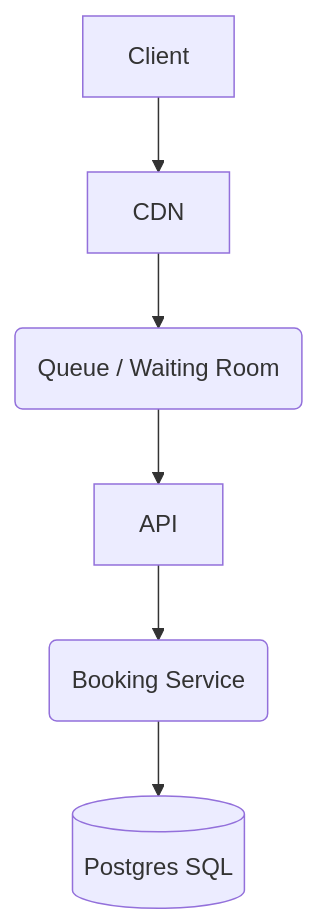
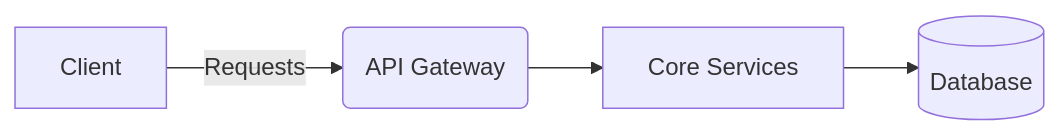
Before and after one commit to IshanDigra/HLD-Content: the first of 2 diagrams in 19-Interview_Question/07) E-commerce & Marketplace/Hard/02_TicketMaster/Problem.md, drawn with Mermaid. The commit also changed other lines of this file and 29 other files, not shown here.

First line of the commit message:
Address PR feedback: Add TOC, Diagrams, and BOE calculations

````diff
--- a/19-Interview_Question/07) E-commerce & Marketplace/Hard/02_TicketMaster/Problem.md
+++ b/19-Interview_Question/07) E-commerce & Marketplace/Hard/02_TicketMaster/Problem.md
@@ -97,8 +4,6 @@
 ```mermaid
-graph TD
-    Client --> CDN
-    CDN --> WaitingRoom(Queue / Waiting Room)
-    WaitingRoom --> API
-    API --> Booking(Booking Service)
-    Booking --> DB[(Postgres SQL)]
+graph LR
+    A[Client] -->|Requests| B(API Gateway)
+    B --> C[Core Services]
+    C --> D[(Database)]
 ```
````
